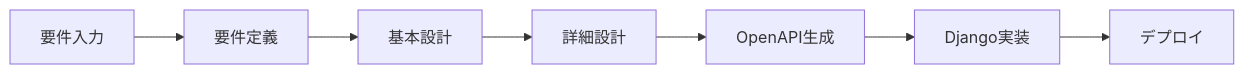
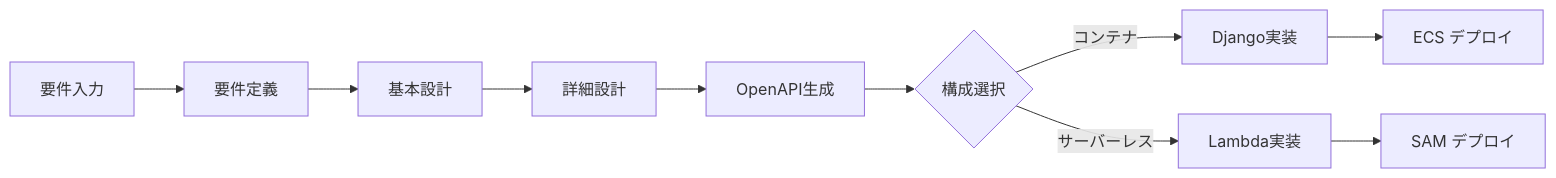
Before and after one commit to sattva-improve/auto_deploy: diagram 11 of 11 in docs/overview.md, drawn with Mermaid. The commit also changed other lines of this file and 4 other files, not shown here.

````diff
--- a/docs/overview.md
+++ b/docs/overview.md
@@ -300,9 +475,12 @@
 ```mermaid
 flowchart LR
     A[要件入力] --> B[要件定義]
     B --> C[基本設計]
     C --> D[詳細設計]
     D --> E[OpenAPI生成]
-    E --> F[Django実装]
-    F --> G[デプロイ]
+    E --> F{構成選択}
+    F -->|コンテナ| G1[Django実装]
+    F -->|サーバーレス| G2[Lambda実装]
+    G1 --> H1[ECS デプロイ]
+    G2 --> H2[SAM デプロイ]
 ```
````
